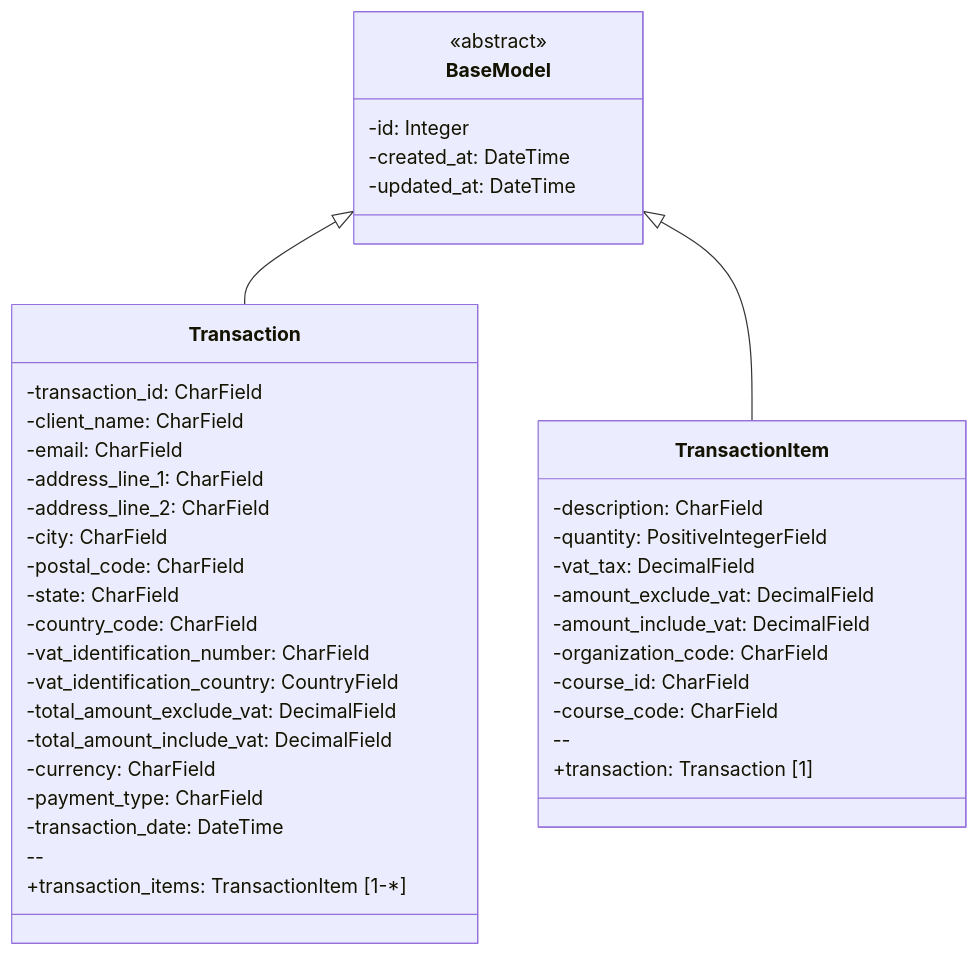
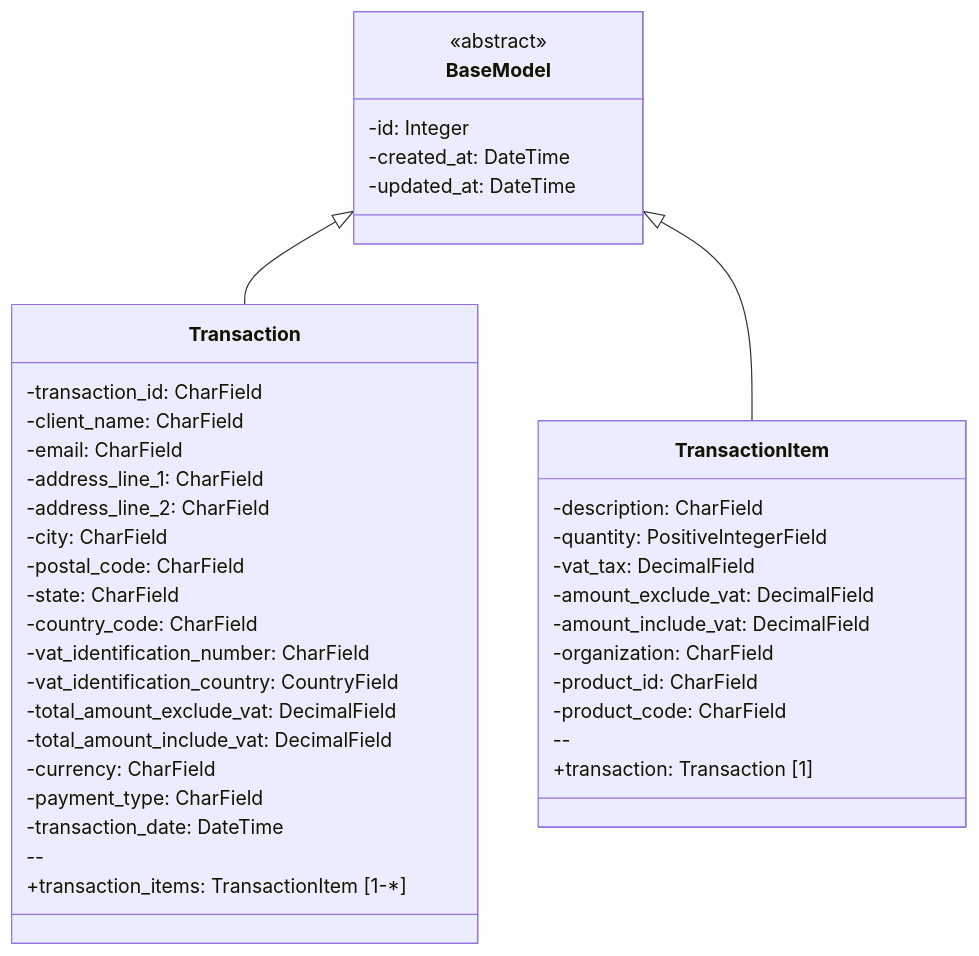
One commit to fccn/nau-financial-manager changed the diagram in apps/billing/README.md. Above: the diagram before and after it, drawn with Mermaid. The commit also changed 16 other files, not shown here.

````diff
--- a/apps/billing/README.md
+++ b/apps/billing/README.md
@@ -8,43 +8,43 @@
 ```mermaid
 classDiagram
     class BaseModel {
         <<abstract>>
         -id: Integer
         -created_at: DateTime
         -updated_at: DateTime
     }
     class Transaction {
         -transaction_id: CharField
         -client_name: CharField
         -email: CharField
         -address_line_1: CharField
         -address_line_2: CharField
         -city: CharField
         -postal_code: CharField
         -state: CharField
         -country_code: CharField
         -vat_identification_number: CharField
         -vat_identification_country: CountryField
         -total_amount_exclude_vat: DecimalField
         -total_amount_include_vat: DecimalField
         -currency: CharField
         -payment_type: CharField
         -transaction_date: DateTime
         --
         +transaction_items: TransactionItem [1-*]
     }
     class TransactionItem {
         -description: CharField
         -quantity: PositiveIntegerField
         -vat_tax: DecimalField
         -amount_exclude_vat: DecimalField
         -amount_include_vat: DecimalField
-        -organization_code: CharField
-        -course_id: CharField
-        -course_code: CharField
+        -organization: CharField
+        -product_id: CharField
+        -product_code: CharField
         --
         +transaction: Transaction [1]
     }
     BaseModel <|-- Transaction
     BaseModel <|-- TransactionItem
 ```
````
